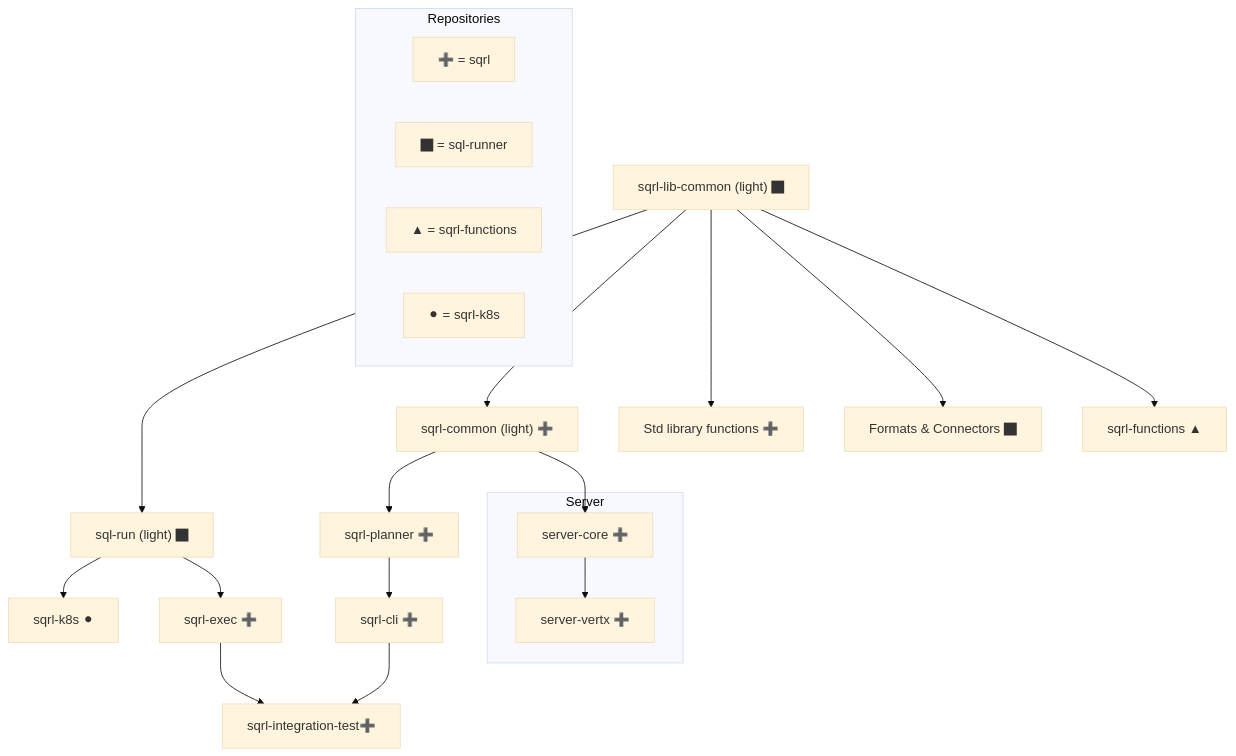
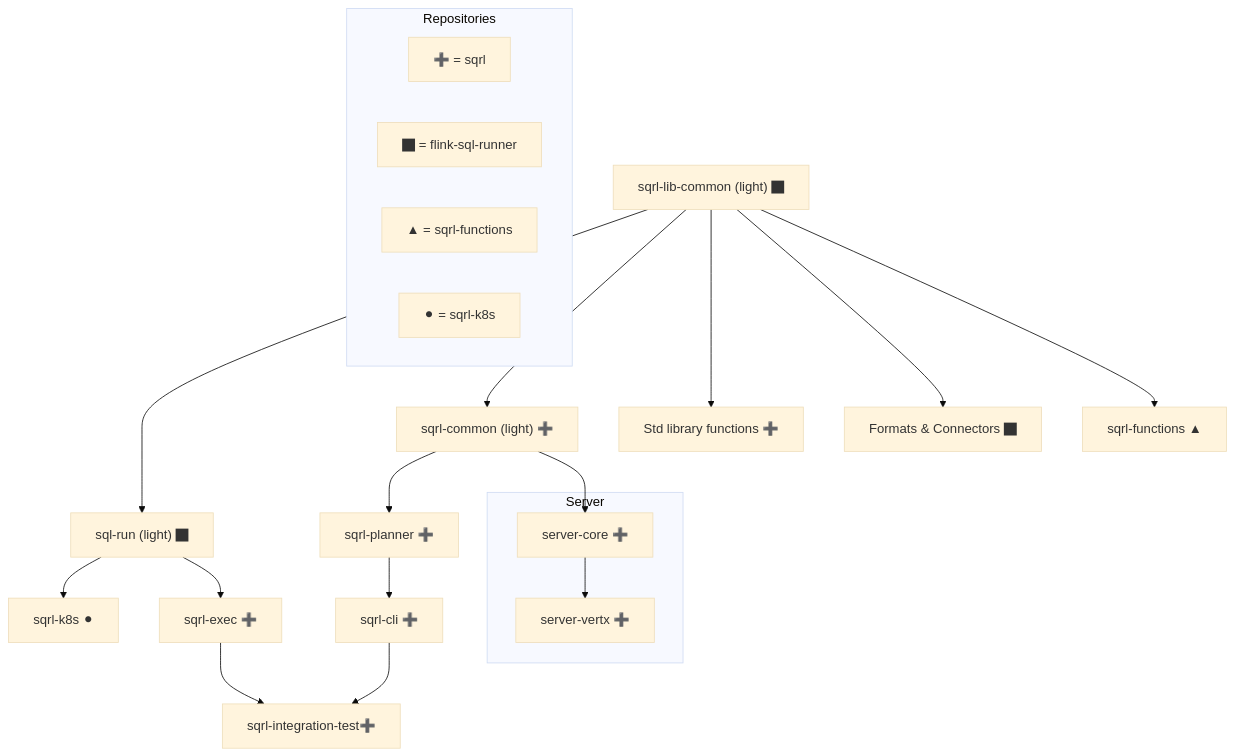
The diagram in docs/developer.md (DataSQRL/sqrl), drawn with Mermaid (base theme) before and after one commit. The commit also changed other lines of this file and 3 other files, not shown here.

````diff
--- a/docs/developer.md
+++ b/docs/developer.md
@@ -198,46 +21,46 @@
 ```mermaid
 graph TD;
     %% Repository Annotations
     subgraph Repositories
         B["➕ = sqrl"]
-        A["⬛︎ = sql-runner"]
+        A["⬛︎ = flink-sql-runner"]
         C["▲ = sqrl-functions"]
         D["⚫︎ = sqrl-k8s"]
     end
 
     subgraph Server
         server-core["server-core ➕"]
         server-vertx["server-vertx ➕"]
     end
 
     %% Main Components
     sqrl-k8s["sqrl-k8s ⚫︎"]
     flink-sql-run["sql-run (light) ⬛︎ "]
     sqrl-exec["sqrl-exec ➕"]
     sqrl-cli["sqrl-cli ➕"]
     sqrl-planner["sqrl-planner ➕"]
     sqrl-integration-test["sqrl-integration-test➕"]
     sqrl-lib-common["sqrl-lib-common (light) ⬛︎"]
     sqrl-common["sqrl-common (light) ➕"]
     std-library-functions["Std library functions ➕"]
     formats-connectors["Formats & Connectors ⬛︎"]
     sqrl-functions["sqrl-functions ▲"]
 
     %% Relationships
     sqrl-lib-common -->flink-sql-run
     sqrl-lib-common -->sqrl-common
     sqrl-lib-common --> std-library-functions
     sqrl-lib-common --> formats-connectors
     sqrl-lib-common --> sqrl-functions
 
     flink-sql-run --> sqrl-k8s
     flink-sql-run --> sqrl-exec
 
     sqrl-common --> sqrl-planner
     sqrl-common --> server-core
 
     server-core --> server-vertx
     sqrl-exec --> sqrl-integration-test
     sqrl-planner --> sqrl-cli
     sqrl-cli --> sqrl-integration-test
 ```
````
